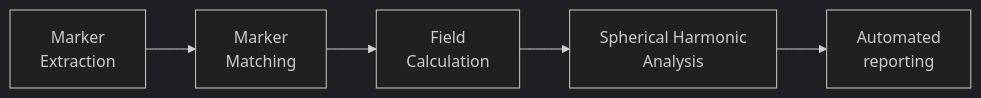
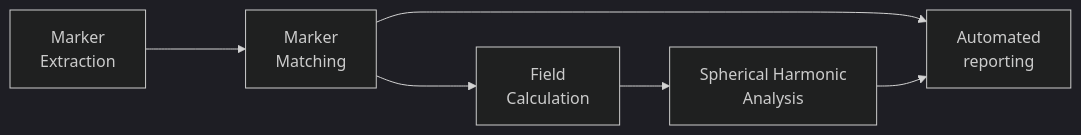
The diagram in README.md (Image-X-Institute/mri_distortion_toolkit), drawn with Mermaid (dark theme) before and after one commit. The commit also changed other lines of this file and 4 other files, not shown here.

````diff
--- a/README.md
+++ b/README.md
@@ -9,11 +8,12 @@
 ```mermaid
-%% Example of sequence diagram
-graph LR;
-    A[Marker <br>Extraction]-->B[Marker <br>Matching]-->C[Field <br> Calculation]-->D[Spherical Harmonic <br>Analysis]-->E[Automated <br>reporting];
-    click A "http://www.github.com"
-    click B "http://www.github.com"
-    click C "http://www.github.com"
-    click D "http://www.github.com"
-    click E "http://www.github.com"
-    
+flowchart LR
+    A[Marker <br>Extraction]--->B[Marker <br>Matching]
+    B[Marker <br>Matching]--->C[Field <br> Calculation] & E[Automated <br>reporting]
+    C[Field <br> Calculation]-->D[Spherical Harmonic <br>Analysis]
+    D[Spherical Harmonic <br>Analysis]-->E[Automated <br>reporting];
+    click A "https://acrf-image-x-institute.github.io/MRI_DistortionQA/marker_extraction.html"
+    click B "https://acrf-image-x-institute.github.io/MRI_DistortionQA/marker_matching.html"
+    click C "https://acrf-image-x-institute.github.io/MRI_DistortionQA/field_calculation.html"
+    click D "https://acrf-image-x-institute.github.io/MRI_DistortionQA/fit_spherical_harmonics.html"
+    click E "https://acrf-image-x-institute.github.io/MRI_DistortionQA/reporting.html"
 ```
````
